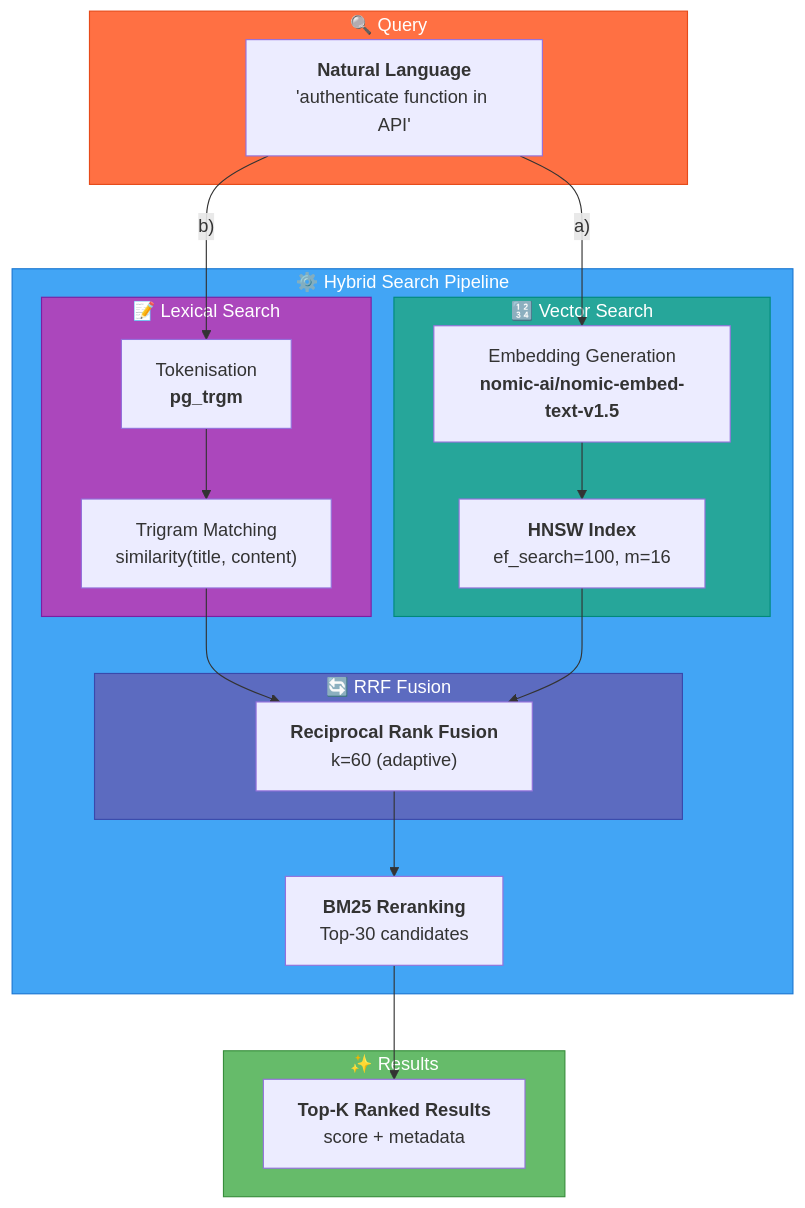
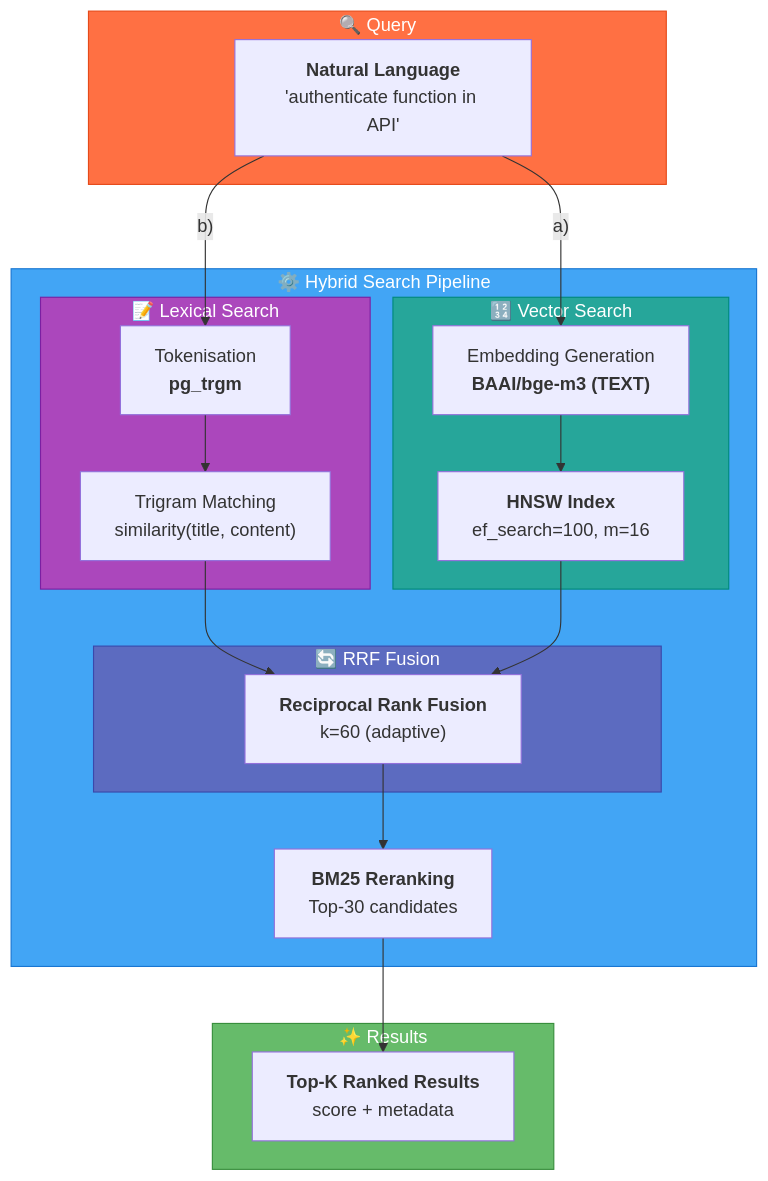
The fourth of 15 diagrams in docs/ARCHITECTURE.md (giak/mnemo-lite), drawn with Mermaid before and after one commit. The commit also changed other lines of this file and 3 other files, not shown here.

First line of the commit message:
docs: unifie 31 outils MCP et modele TEXT bge-m3 1024D dans les 4 fichiers restants

````diff
--- a/docs/ARCHITECTURE.md
+++ b/docs/ARCHITECTURE.md
@@ -217,37 +217,37 @@
 ```mermaid
 flowchart TB
     subgraph QUERY["🔍 Query"]
         Q["<b>Natural Language</b><br/>'authenticate function in API'"]
     end
 
     subgraph PROCESS["⚙️ Hybrid Search Pipeline"]
-        Q -->|"a)"| EMB["Embedding Generation<br/><b>nomic-ai/nomic-embed-text-v1.5</b>"]
+        Q -->|"a)"| EMB["Embedding Generation<br/><b>BAAI/bge-m3 (TEXT)</b>"]
         Q -->|"b)"| TOK["Tokenisation<br/><b>pg_trgm</b>"]
 
         subgraph LEXICAL["📝 Lexical Search"]
             TOK --> TRGM["Trigram Matching<br/>similarity(title, content)"]
         end
 
         subgraph VECTOR["🔢 Vector Search"]
             EMB --> HNSW["<b>HNSW Index</b><br/>ef_search=100, m=16"]
         end
 
         subgraph FUSION["🔄 RRF Fusion"]
             TRGM --> RRF["<b>Reciprocal Rank Fusion</b><br/>k=60 (adaptive)"]
             HNSW --> RRF
         end
 
         RRF --> RERANK["<b>BM25 Reranking</b><br/>Top-30 candidates"]
     end
 
     subgraph OUTPUT["✨ Results"]
         RERANK --> OUT["<b>Top-K Ranked Results</b><br/>score + metadata"]
     end
 
     style QUERY fill:#FF7043,stroke:#E64A19,color:#fff
     style PROCESS fill:#42A5F5,stroke:#1976D2,color:#fff
     style OUTPUT fill:#66BB6A,stroke:#388E3C,color:#fff
     style LEXICAL fill:#AB47BC,stroke:#7B1FA2,color:#fff
     style VECTOR fill:#26A69A,stroke:#00897B,color:#fff
     style FUSION fill:#5C6BC0,stroke:#3949AB,color:#fff
 ```
````
